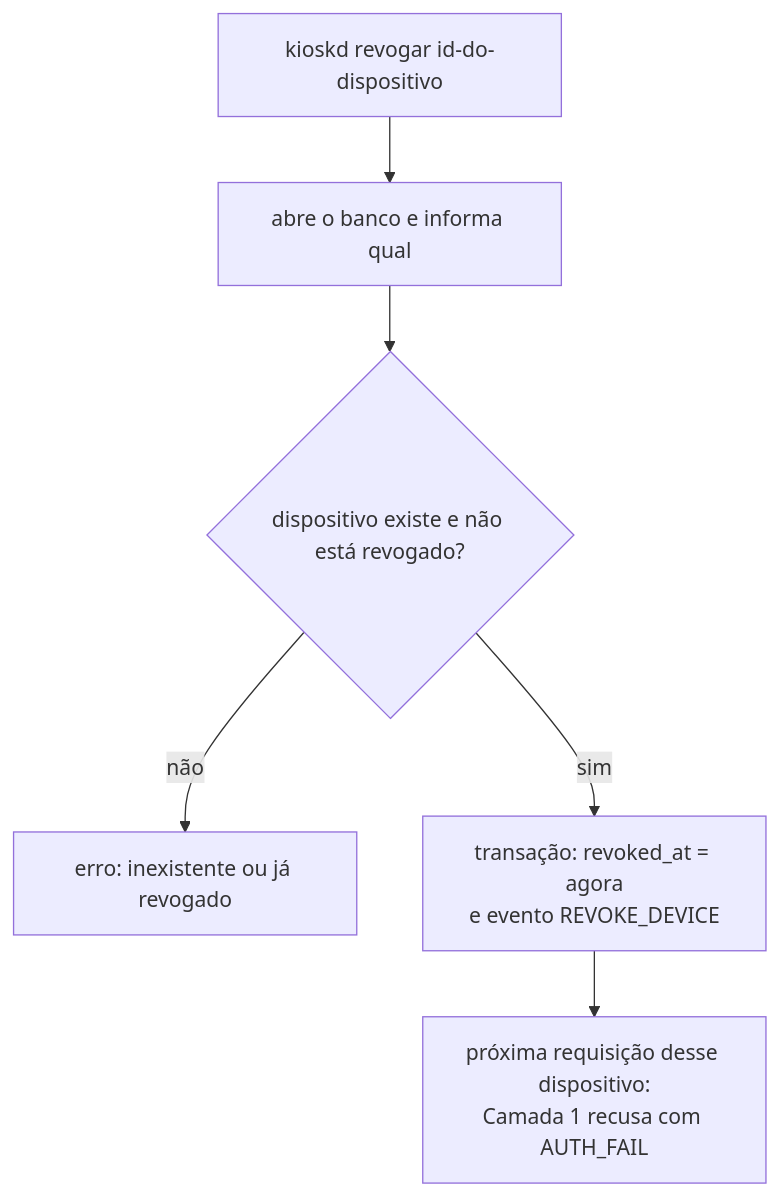
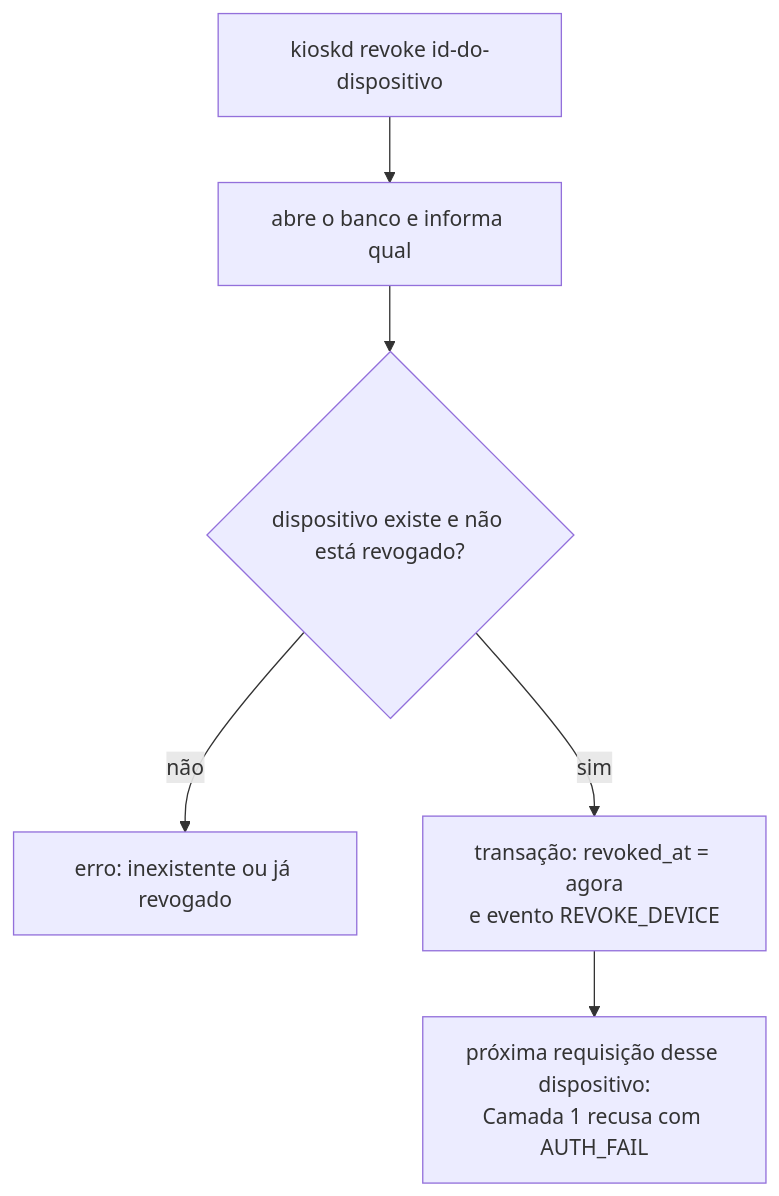
The sixth of 28 diagrams in docs/architecture/fluxos-dos-comandos.md (jefersonlop3s/kiosk-engine), drawn with Mermaid before and after one commit. The commit also changed other lines of this file and 43 other files, not shown here.

````diff
--- a/docs/architecture/fluxos-dos-comandos.md
+++ b/docs/architecture/fluxos-dos-comandos.md
@@ -118,8 +118,8 @@
 ```mermaid
 flowchart TD
-    A["kioskd revogar id-do-dispositivo"] --> B["abre o banco e informa qual"]
+    A["kioskd revoke id-do-dispositivo"] --> B["abre o banco e informa qual"]
     B --> C{"dispositivo existe e não está revogado?"}
     C -->|não| E["erro: inexistente ou já revogado"]
     C -->|sim| D["transação: revoked_at = agora<br/>e evento REVOKE_DEVICE"]
     D --> F["próxima requisição desse dispositivo:<br/>Camada 1 recusa com AUTH_FAIL"]
 ```
````
